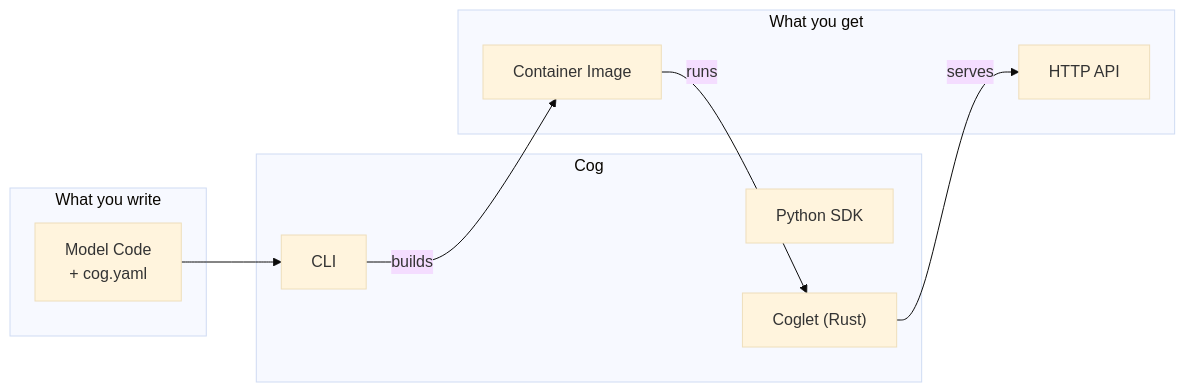
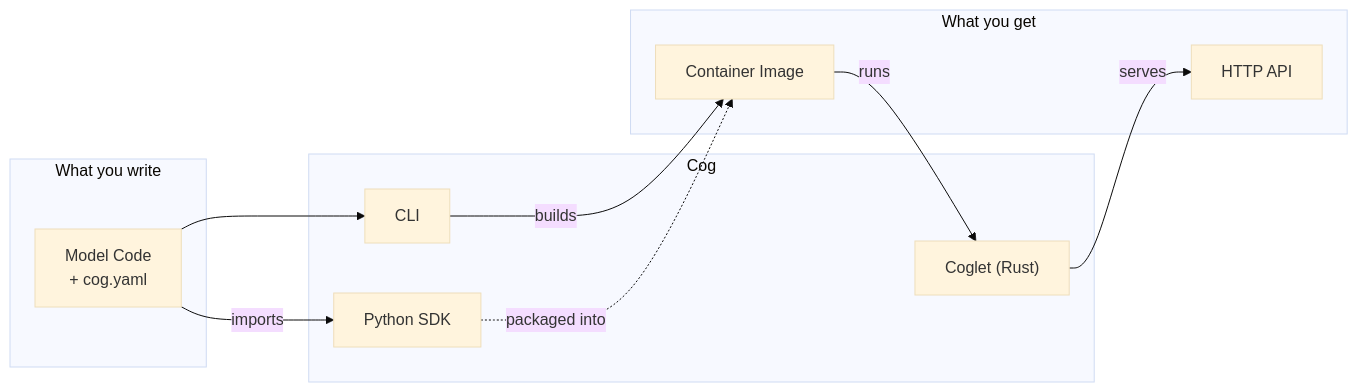
Before and after one commit to replicate/cog: the first of 2 diagrams in architecture/00-overview.md, drawn with Mermaid (base theme). The commit also changed other lines of this file, not shown here.

First line of the commit message:
docs(architecture): add Python SDK as a named component in overview

````diff
--- a/architecture/00-overview.md
+++ b/architecture/00-overview.md
@@ -7,22 +7,24 @@
 ```mermaid
 flowchart LR
     subgraph input["What you write"]
         model["Model Code<br/>+ cog.yaml"]
     end
     
     subgraph cog["Cog"]
         cli["CLI"]
         sdk["Python SDK"]
         coglet["Coglet (Rust)"]
     end
     
     subgraph output["What you get"]
         image["Container Image"]
         api["HTTP API"]
     end
     
+    model -->|"imports"| sdk
     model --> cli
     cli -->|"builds"| image
+    sdk -.->|"packaged into"| image
     image -->|"runs"| coglet
     coglet -->|"serves"| api
 ```
````
